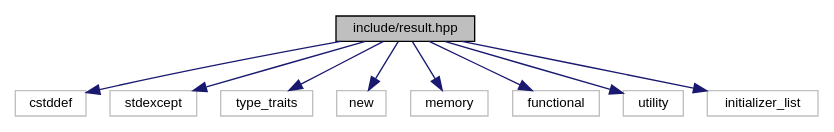
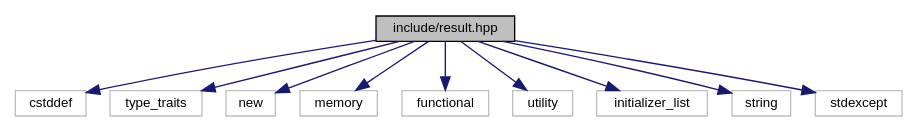
One commit to bitwizeshift/result changed the diagram in api/latest/d0/d80/result_8hpp__incl.dot. Above: the diagram before and after it, drawn with Graphviz. The commit also changed 31 other files, not shown here.

```diff
--- a/api/latest/d0/d80/result_8hpp__incl.dot
+++ b/api/latest/d0/d80/result_8hpp__incl.dot
@@ -1,22 +1,24 @@
 digraph "include/result.hpp"
 {
   edge [fontname="Helvetica",fontsize="10",labelfontname="Helvetica",labelfontsize="10"];
   node [fontname="Helvetica",fontsize="10",shape=record];
   Node0 [label="include/result.hpp",height=0.2,width=0.4,color="black", fillcolor="grey75", style="filled", fontcolor="black"];
   Node0 -> Node1 [color="midnightblue",fontsize="10",style="solid",fontname="Helvetica"];
   Node1 [label="cstddef",height=0.2,width=0.4,color="grey75", fillcolor="white", style="filled"];
   Node0 -> Node2 [color="midnightblue",fontsize="10",style="solid",fontname="Helvetica"];
-  Node2 [label="stdexcept",height=0.2,width=0.4,color="grey75", fillcolor="white", style="filled"];
+  Node2 [label="type_traits",height=0.2,width=0.4,color="grey75", fillcolor="white", style="filled"];
   Node0 -> Node3 [color="midnightblue",fontsize="10",style="solid",fontname="Helvetica"];
-  Node3 [label="type_traits",height=0.2,width=0.4,color="grey75", fillcolor="white", style="filled"];
+  Node3 [label="new",height=0.2,width=0.4,color="grey75", fillcolor="white", style="filled"];
   Node0 -> Node4 [color="midnightblue",fontsize="10",style="solid",fontname="Helvetica"];
-  Node4 [label="new",height=0.2,width=0.4,color="grey75", fillcolor="white", style="filled"];
+  Node4 [label="memory",height=0.2,width=0.4,color="grey75", fillcolor="white", style="filled"];
   Node0 -> Node5 [color="midnightblue",fontsize="10",style="solid",fontname="Helvetica"];
-  Node5 [label="memory",height=0.2,width=0.4,color="grey75", fillcolor="white", style="filled"];
+  Node5 [label="functional",height=0.2,width=0.4,color="grey75", fillcolor="white", style="filled"];
   Node0 -> Node6 [color="midnightblue",fontsize="10",style="solid",fontname="Helvetica"];
-  Node6 [label="functional",height=0.2,width=0.4,color="grey75", fillcolor="white", style="filled"];
+  Node6 [label="utility",height=0.2,width=0.4,color="grey75", fillcolor="white", style="filled"];
   Node0 -> Node7 [color="midnightblue",fontsize="10",style="solid",fontname="Helvetica"];
-  Node7 [label="utility",height=0.2,width=0.4,color="grey75", fillcolor="white", style="filled"];
+  Node7 [label="initializer_list",height=0.2,width=0.4,color="grey75", fillcolor="white", style="filled"];
   Node0 -> Node8 [color="midnightblue",fontsize="10",style="solid",fontname="Helvetica"];
-  Node8 [label="initializer_list",height=0.2,width=0.4,color="grey75", fillcolor="white", style="filled"];
+  Node8 [label="string",height=0.2,width=0.4,color="grey75", fillcolor="white", style="filled"];
+  Node0 -> Node9 [color="midnightblue",fontsize="10",style="solid",fontname="Helvetica"];
+  Node9 [label="stdexcept",height=0.2,width=0.4,color="grey75", fillcolor="white", style="filled"];
 }
```
